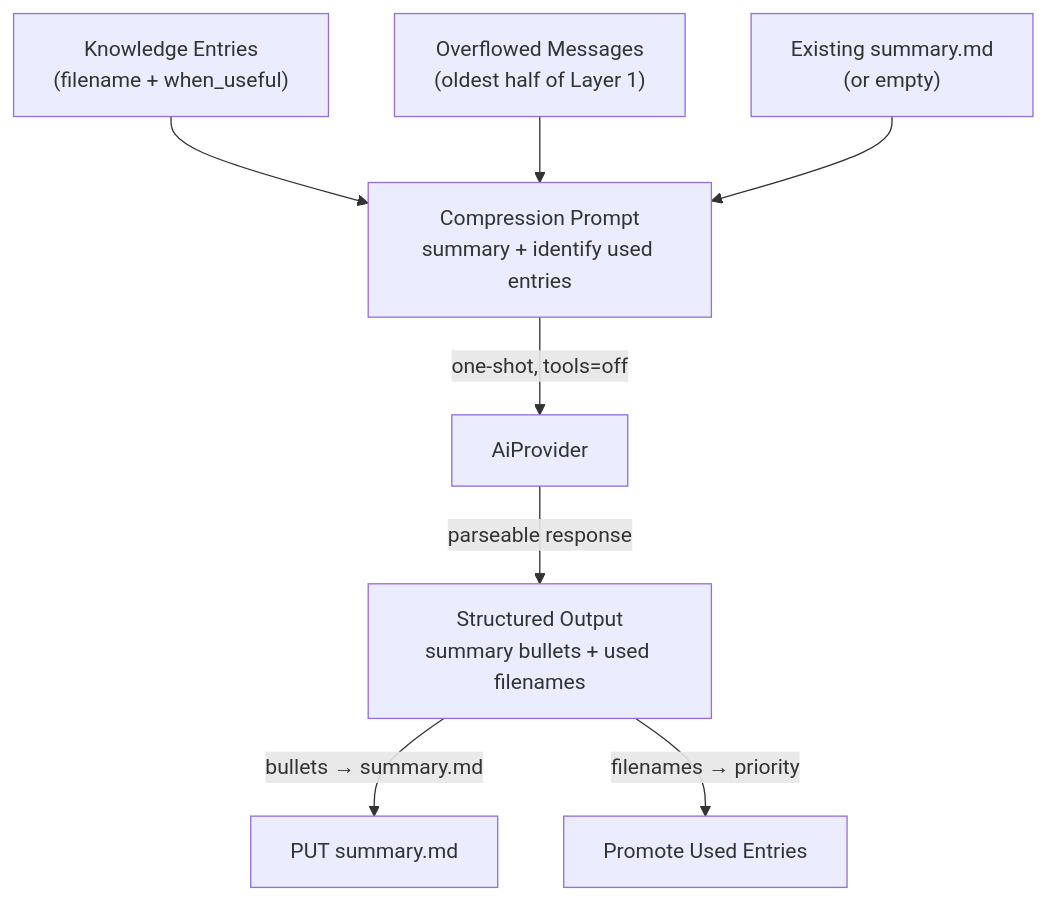
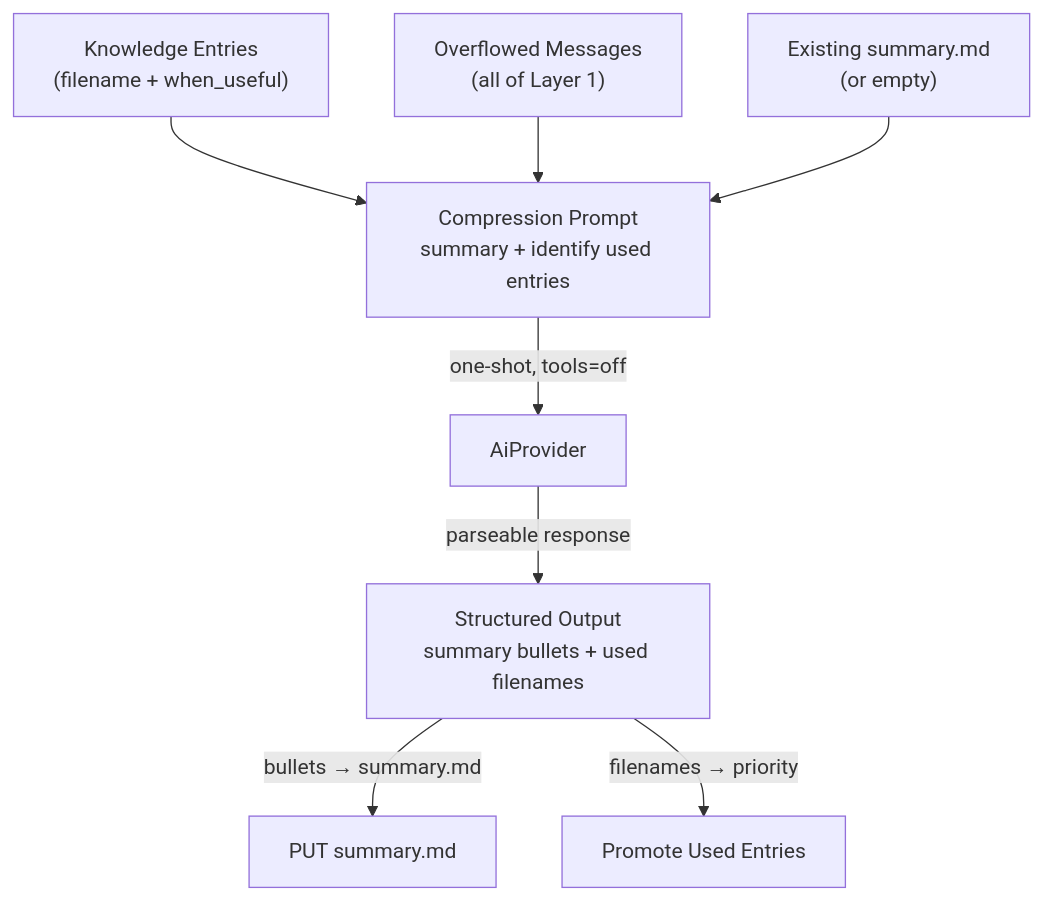
Before and after one commit to cosmoswafer/rockbot: the third of 5 diagrams in _dfd/knowledge/knowledge-priority.md, drawn with Mermaid. The commit also changed 6 other files, not shown here.

First line of the commit message:
fix(compression): strip all messages in both modes, fix summary.md fallback

````diff
--- a/_dfd/knowledge/knowledge-priority.md
+++ b/_dfd/knowledge/knowledge-priority.md
@@ -142,17 +142,17 @@
 ```mermaid
 flowchart TD
     ENTRIES["Knowledge Entries<br/>(filename + when_useful)"]
-    MESSAGES["Overflowed Messages<br/>(oldest half of Layer 1)"]
+    MESSAGES["Overflowed Messages<br/>(all of Layer 1)"]
     EXISTING["Existing summary.md<br/>(or empty)"]
     AI[AiProvider]
     PROMPT["Compression Prompt<br/>summary + identify used entries"]
     OUTPUT["Structured Output<br/>summary bullets + used filenames"]
 
     ENTRIES --> PROMPT
     MESSAGES --> PROMPT
     EXISTING --> PROMPT
     PROMPT -->|"one-shot, tools=off"| AI
     AI -->|"parseable response"| OUTPUT
     OUTPUT -->|"bullets → summary.md"| WRITE[PUT summary.md]
     OUTPUT -->|"filenames → priority"| PROMOTE[Promote Used Entries]
 ```
````
